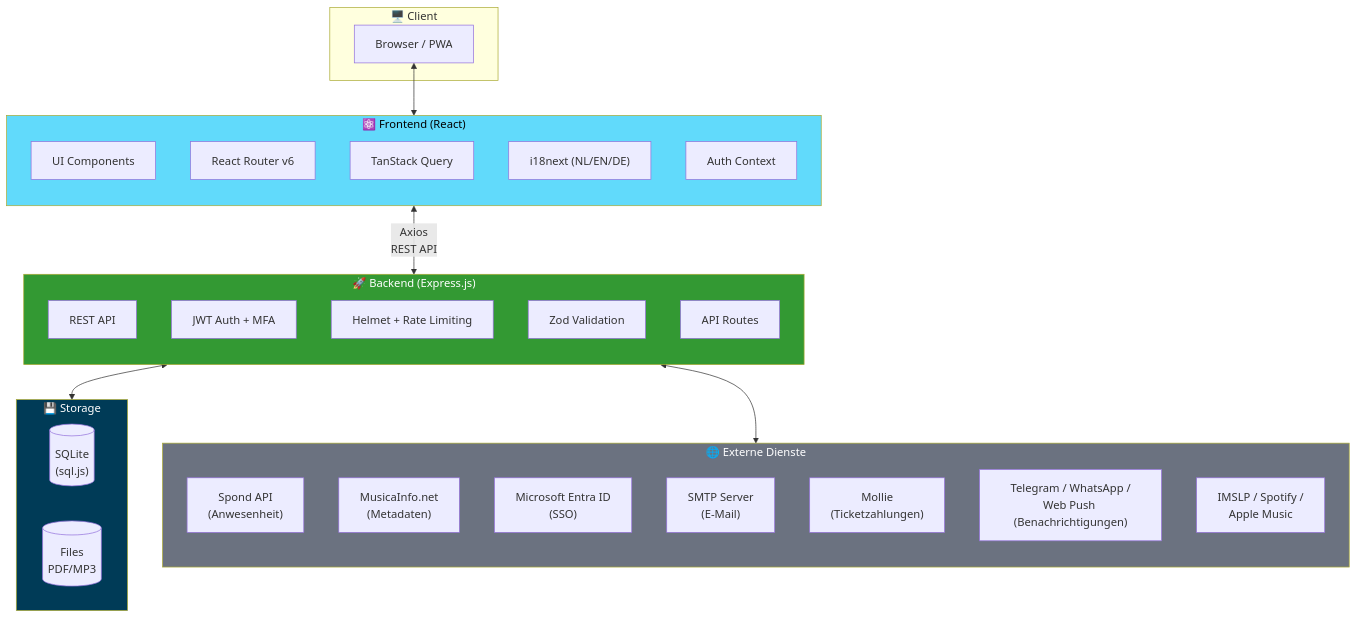
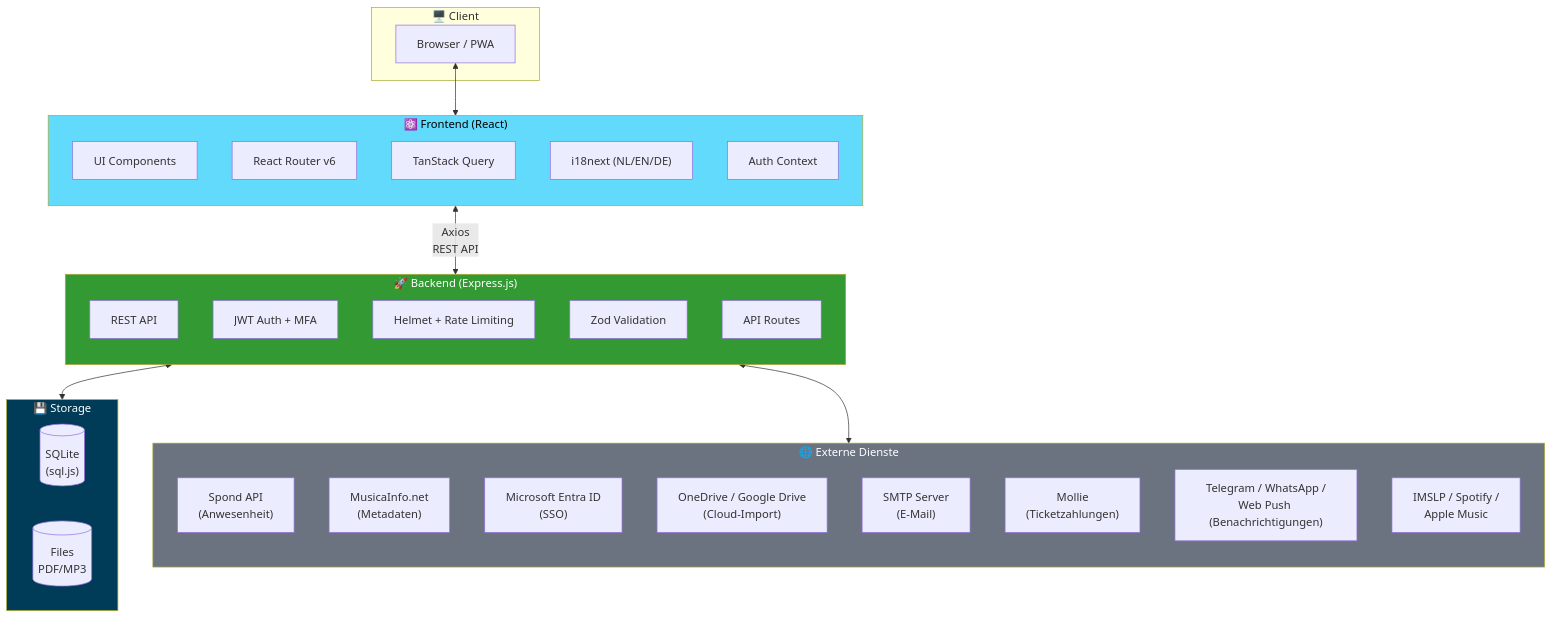
One commit to ruudsl/tutti changed the first of 2 diagrams in README.de.md. Above: the diagram before and after it, drawn with Mermaid. The commit also changed other lines of this file and 2 other files, not shown here.

First line of the commit message:
docs: add cloud import (OneDrive/Google Drive) documentation to READMEs

````diff
--- a/README.de.md
+++ b/README.de.md
@@ -44,51 +44,52 @@
 ```mermaid
 flowchart TB
     subgraph Client["🖥️ Client"]
         Browser["Browser / PWA"]
     end
 
     subgraph Frontend["⚛️ Frontend (React)"]
         direction TB
         UI["UI Components"]
         Router["React Router v6"]
         State["TanStack Query"]
         i18n["i18next (NL/EN/DE)"]
         Auth["Auth Context"]
     end
 
     subgraph Backend["🚀 Backend (Express.js)"]
         direction TB
         API["REST API"]
         JWT["JWT Auth + MFA"]
         Middleware["Helmet + Rate Limiting"]
         Validation["Zod Validation"]
         Routes["API Routes"]
     end
 
     subgraph Storage["💾 Storage"]
         direction LR
         SQLite[("SQLite\n(sql.js)")]
         Files[("Files\nPDF/MP3")]
     end
 
     subgraph External["🌐 Externe Dienste"]
         direction TB
         Spond["Spond API\n(Anwesenheit)"]
         MusicaInfo["MusicaInfo.net\n(Metadaten)"]
         Entra["Microsoft Entra ID\n(SSO)"]
+        CloudStorage["OneDrive / Google Drive\n(Cloud-Import)"]
         SMTP["SMTP Server\n(E-Mail)"]
         Mollie["Mollie\n(Ticketzahlungen)"]
         Notifications["Telegram / WhatsApp /\nWeb Push (Benachrichtigungen)"]
         Streaming["IMSLP / Spotify /\nApple Music"]
     end
 
     Browser <--> Frontend
     Frontend <-->|"Axios\nREST API"| Backend
     Backend <--> Storage
     Backend <--> External
 
     style Frontend fill:#61DAFB,color:#000
     style Backend fill:#339933,color:#fff
     style Storage fill:#003B57,color:#fff
     style External fill:#6B7280,color:#fff
 ```
````
